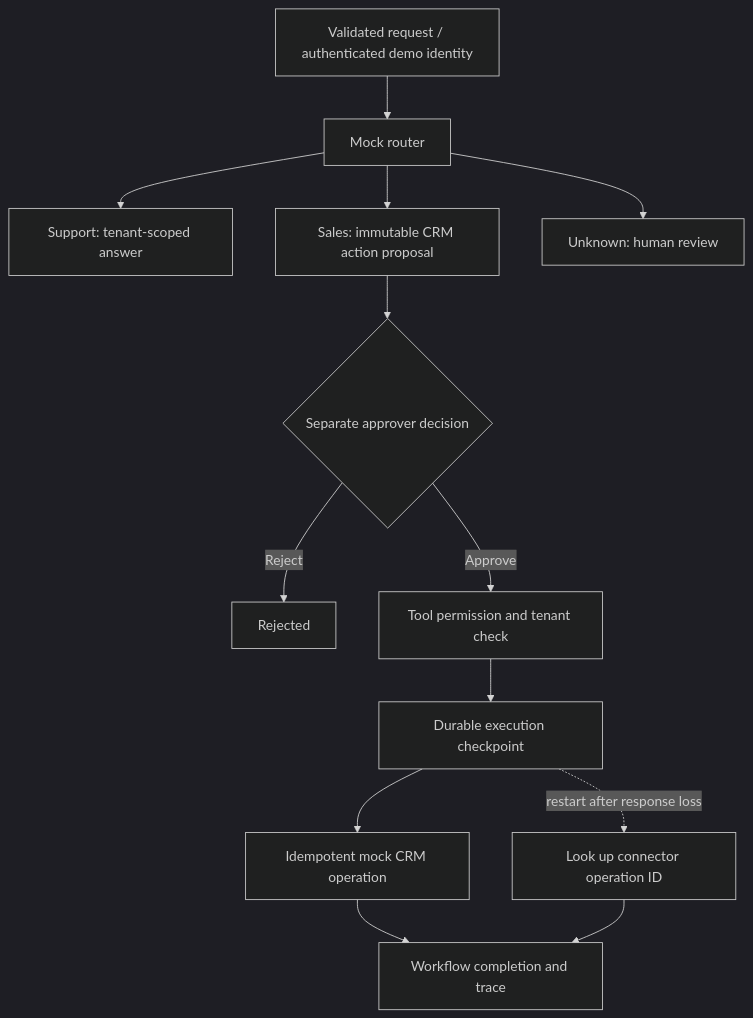
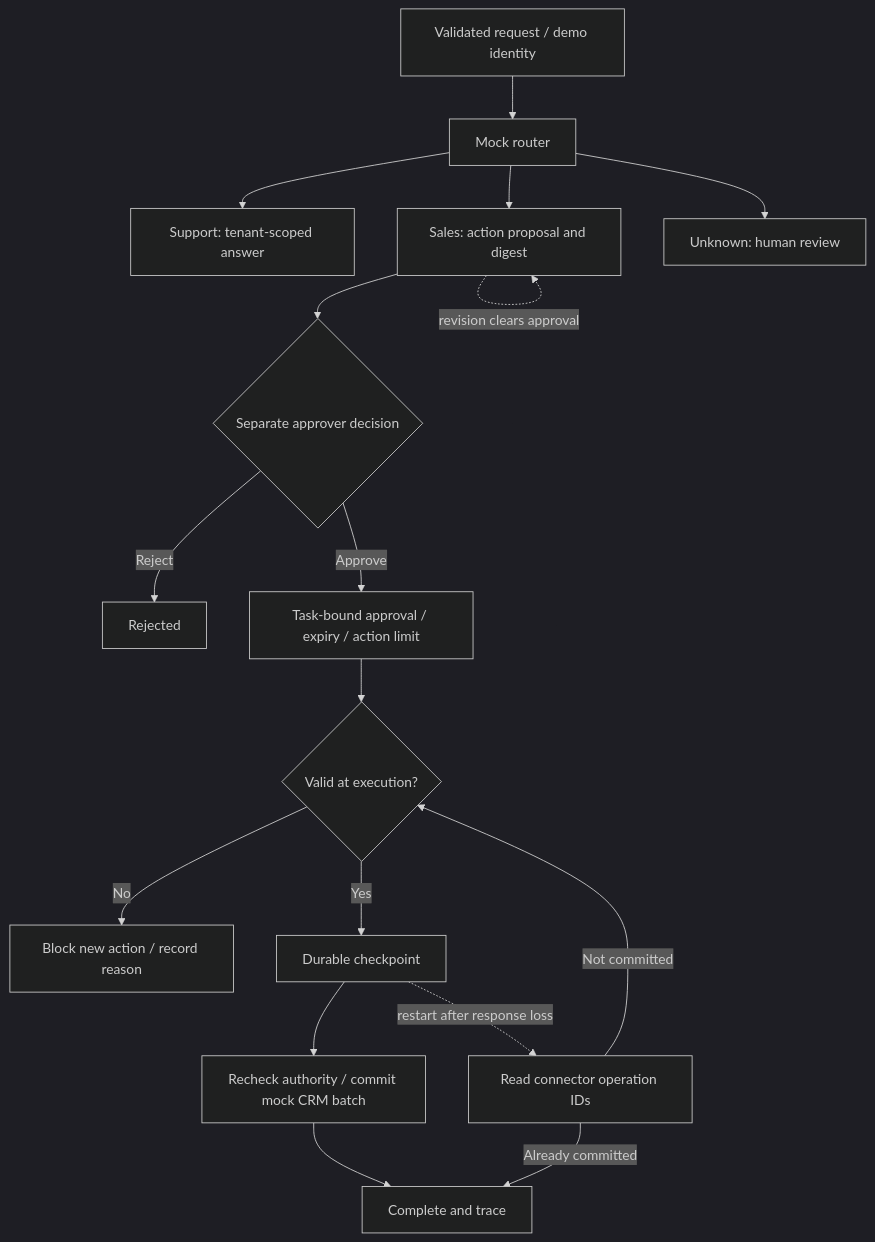
One commit to Poochaman/enterprise-agentic-ai changed the diagram in reference/README.md. Above: the diagram before and after it, drawn with Mermaid (dark theme). The commit also changed other lines of this file and 12 other files, not shown here.

Commit message:
Bind workflow approval to action scope, expiry and revocation

````diff
--- a/reference/README.md
+++ b/reference/README.md
@@ -43,15 +93,19 @@
 ```mermaid
 flowchart TD
-    A[Validated request / authenticated demo identity] --> B[Mock router]
+    A[Validated request / demo identity] --> B[Mock router]
     B --> C[Support: tenant-scoped answer]
-    B --> D[Sales: immutable CRM action proposal]
+    B --> D[Sales: action proposal and digest]
     B --> E[Unknown: human review]
     D --> F{Separate approver decision}
     F -->|Reject| G[Rejected]
-    F -->|Approve| H[Tool permission and tenant check]
-    H --> I[Durable execution checkpoint]
-    I --> J[Idempotent mock CRM operation]
-    J --> K[Workflow completion and trace]
-    I -. restart after response loss .-> L[Look up connector operation ID]
-    L --> K
+    F -->|Approve| H[Task-bound approval / expiry / action limit]
+    H --> I{Valid at execution?}
+    I -->|No| J[Block new action / record reason]
+    I -->|Yes| K[Durable checkpoint]
+    K --> L[Recheck authority / commit mock CRM batch]
+    L --> M[Complete and trace]
+    K -. restart after response loss .-> N[Read connector operation IDs]
+    N -->|Already committed| M
+    N -->|Not committed| I
+    D -. revision clears approval .-> D
 ```
````
